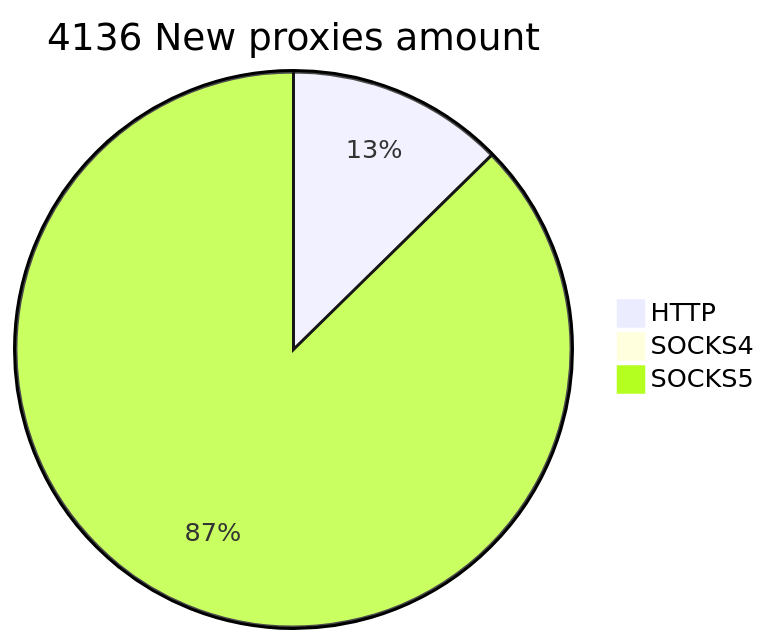
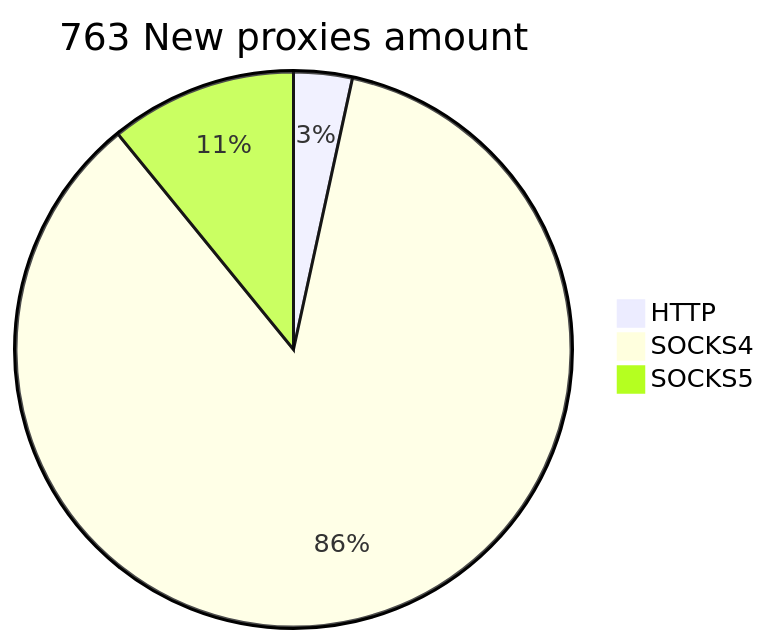
Before and after one commit to cutipu/proxylist: the second of 2 diagrams in README.md, drawn with Mermaid. The commit also changed other lines of this file, not shown here.

````diff
--- a/README.md
+++ b/README.md
@@ -10,6 +10,6 @@
 ```mermaid
-pie title 4136 New proxies amount
-    "HTTP" : 606
-    "SOCKS4" : 0
-    "SOCKS5" : 4184
+pie title 763 New proxies amount
+    "HTTP" : 26
+    "SOCKS4" : 654
+    "SOCKS5" : 83
 ```
````
